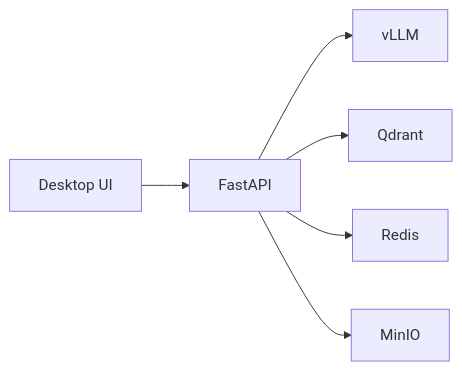
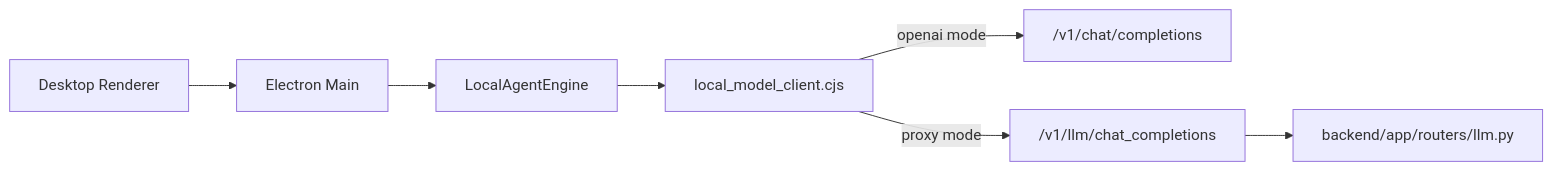
Before and after one commit to needitem/pixllm: the diagram in docs/02-design/LLM서빙_상세_설계.md, drawn with Mermaid. The commit also changed other lines of this file and 64 other files, not shown here.

Commit message:
Refactor desktop query runtime and align evidence flow

````diff
--- a/docs/02-design/LLM서빙_상세_설계.md
+++ b/docs/02-design/LLM서빙_상세_설계.md
@@ -12,8 +14,9 @@
 ```mermaid
 flowchart LR
-    UI["Desktop UI"] --> API["FastAPI"]
-    API --> VLLM["vLLM"]
-    API --> Q["Qdrant"]
-    API --> R["Redis"]
-    API --> M["MinIO"]
+    UI["Desktop Renderer"] --> MAIN["Electron Main"]
+    MAIN --> ENGINE["LocalAgentEngine"]
+    ENGINE --> CLIENT["local_model_client.cjs"]
+    CLIENT -->|openai mode| OA["/v1/chat/completions"]
+    CLIENT -->|proxy mode| API["/v1/llm/chat_completions"]
+    API --> VLLM["backend/app/routers/llm.py"]
 ```
````
